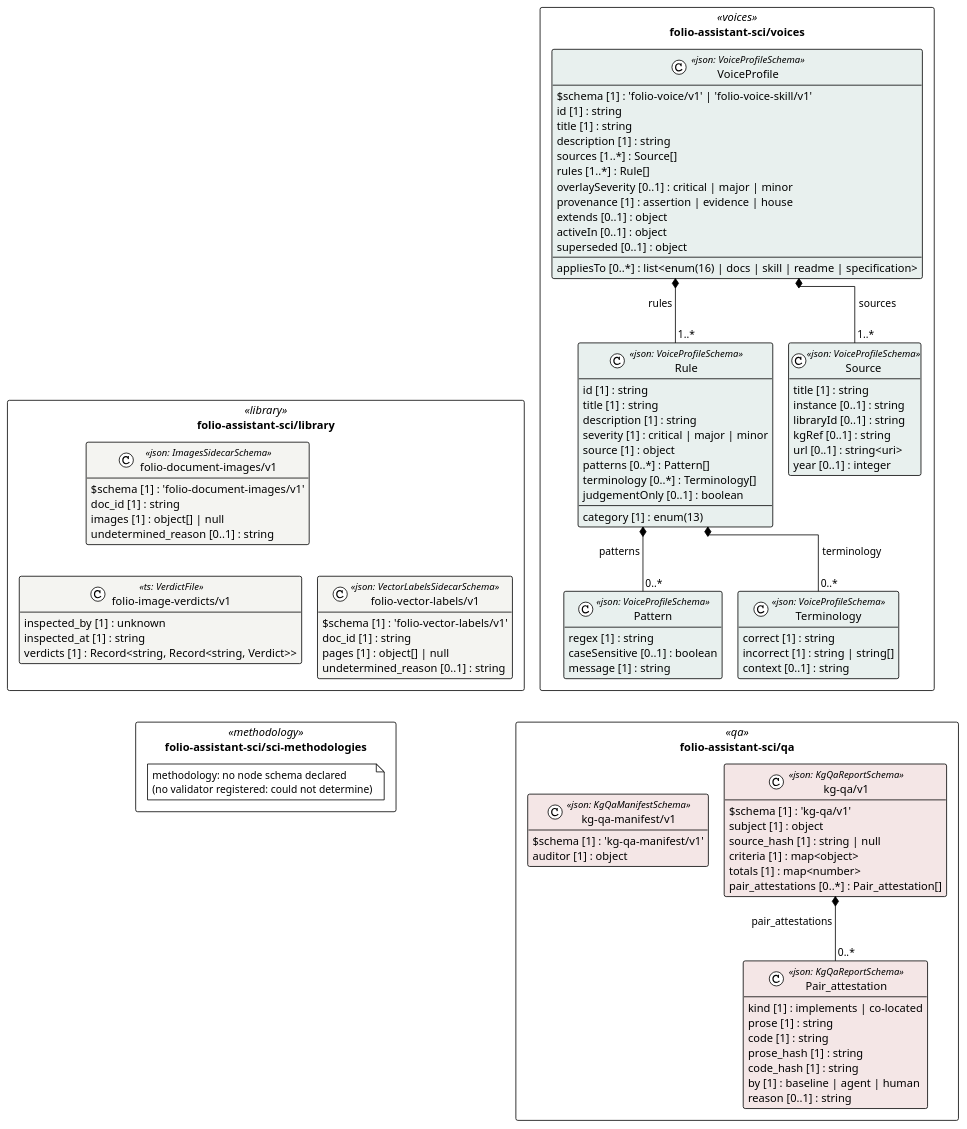
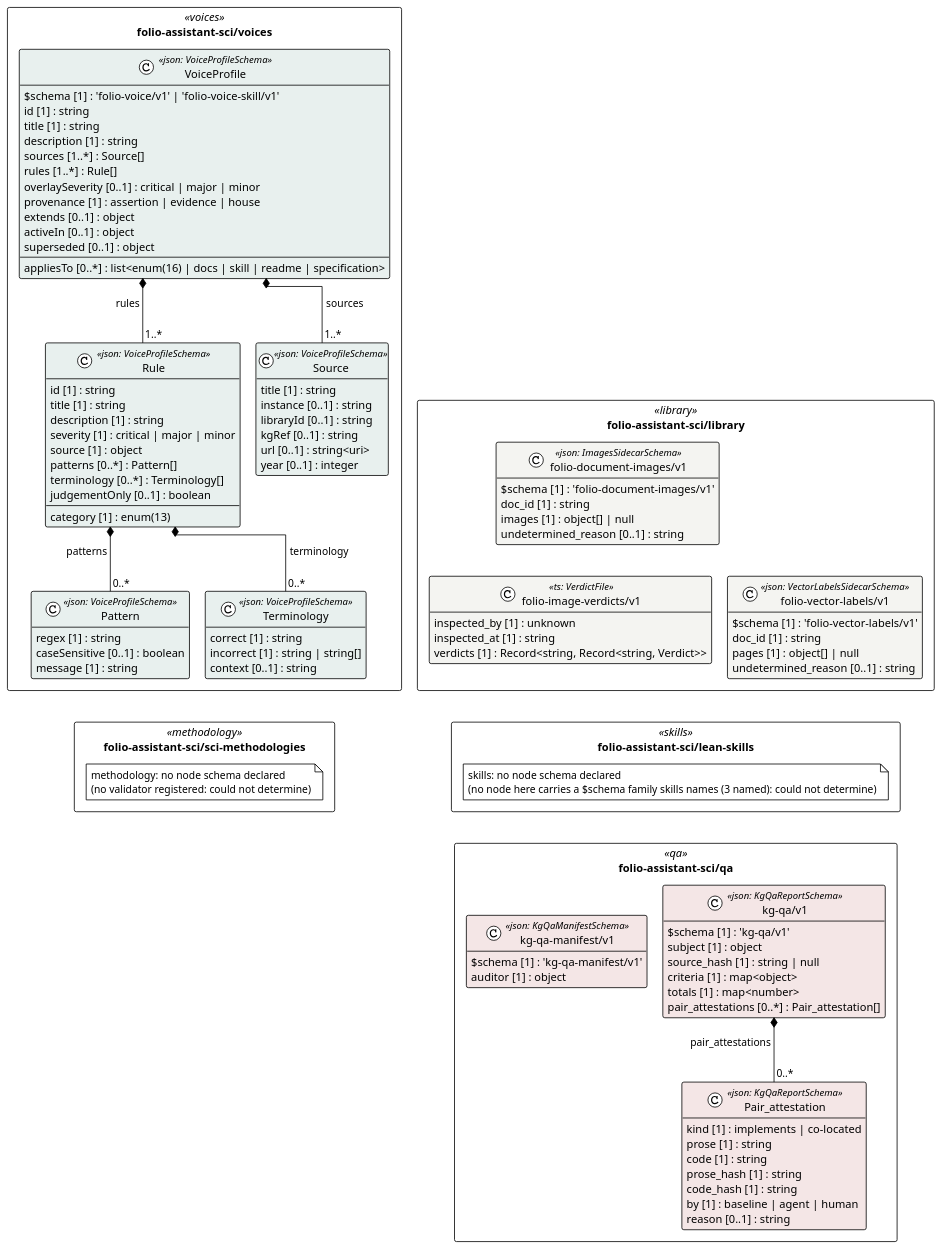
The diagram in cat-harness/uml/overview/folio-assistant-sci.puml (litlfred/folio-assistant), drawn with PlantUML before and after one commit. The commit also changed 67 other files, not shown here.

First line of the commit message:
voices: vendors/ and each vendors/<id>/ are declared sub-graphs (rkqp); revert cmsl step 1

```diff
--- a/cat-harness/uml/overview/folio-assistant-sci.puml
+++ b/cat-harness/uml/overview/folio-assistant-sci.puml
@@ -3,108 +3,112 @@
 @startuml folio_assistant_sci
 !pragma layout elk
 !theme plain
 skinparam classAttributeIconSize 0
 skinparam shadowing false
 skinparam packageStyle rectangle
 hide empty methods
 
 package "folio-assistant-sci/library" as pkg_folio_assistant_sci_library <<library>> {
   class "folio-document-images/v1" as folio_assistant_sci_library_folio_document_images_v1_folio_document_images_v1 <<json: ImagesSidecarSchema>> #f4f4f1 {
     $schema [1] : 'folio-document-images/v1'
     doc_id [1] : string
     images [1] : object[] | null
     undetermined_reason [0..1] : string
   }
   class "folio-image-verdicts/v1" as folio_assistant_sci_library_folio_image_verdicts_v1 <<ts: VerdictFile>> #f4f4f1 {
     inspected_by [1] : unknown
     inspected_at [1] : string
     verdicts [1] : Record<string, Record<string, Verdict>>
   }
   class "folio-vector-labels/v1" as folio_assistant_sci_library_folio_vector_labels_v1_folio_vector_labels_v1 <<json: VectorLabelsSidecarSchema>> #f4f4f1 {
     $schema [1] : 'folio-vector-labels/v1'
     doc_id [1] : string
     pages [1] : object[] | null
     undetermined_reason [0..1] : string
   }
 }
 package "folio-assistant-sci/voices" as pkg_folio_assistant_sci_voices <<voices>> {
   class "Source" as folio_assistant_sci_voices_Source <<json: VoiceProfileSchema>> #e8f0ee {
     title [1] : string
     instance [0..1] : string
     libraryId [0..1] : string
     kgRef [0..1] : string
     url [0..1] : string<uri>
     year [0..1] : integer
   }
   class "Pattern" as folio_assistant_sci_voices_Pattern <<json: VoiceProfileSchema>> #e8f0ee {
     regex [1] : string
     caseSensitive [0..1] : boolean
     message [1] : string
   }
   class "Terminology" as folio_assistant_sci_voices_Terminology <<json: VoiceProfileSchema>> #e8f0ee {
     correct [1] : string
     incorrect [1] : string | string[]
     context [0..1] : string
   }
   class "Rule" as folio_assistant_sci_voices_Rule <<json: VoiceProfileSchema>> #e8f0ee {
     id [1] : string
     title [1] : string
     description [1] : string
     category [1] : enum(13)
     severity [1] : critical | major | minor
     source [1] : object
     patterns [0..*] : Pattern[]
     terminology [0..*] : Terminology[]
     judgementOnly [0..1] : boolean
   }
   class "VoiceProfile" as folio_assistant_sci_voices_VoiceProfile <<json: VoiceProfileSchema>> #e8f0ee {
     $schema [1] : 'folio-voice/v1' | 'folio-voice-skill/v1'
     id [1] : string
     title [1] : string
     description [1] : string
     sources [1..*] : Source[]
     rules [1..*] : Rule[]
     overlaySeverity [0..1] : critical | major | minor
     appliesTo [0..*] : list<enum(16) | docs | skill | readme | specification>
     provenance [1] : assertion | evidence | house
     extends [0..1] : object
     activeIn [0..1] : object
     superseded [0..1] : object
   }
 }
+package "folio-assistant-sci/lean-skills" as pkg_folio_assistant_sci_lean_skills <<skills>> {
+  note "skills: no node schema declared\n(no node here carries a $schema family skills names (3 named): could not determine)" as n_folio_assistant_sci_lean_skills_skills
+}
 package "folio-assistant-sci/sci-methodologies" as pkg_folio_assistant_sci_sci_methodologies <<methodology>> {
   note "methodology: no node schema declared\n(no validator registered: could not determine)" as n_folio_assistant_sci_sci_methodologies_methodology
 }
 package "folio-assistant-sci/qa" as pkg_folio_assistant_sci_qa <<qa>> {
   class "Pair_attestation" as folio_assistant_sci_qa_kg_qa_v1_Pair_attestation <<json: KgQaReportSchema>> #f4e6e6 {
     kind [1] : implements | co-located
     prose [1] : string
     code [1] : string
     prose_hash [1] : string
     code_hash [1] : string
     by [1] : baseline | agent | human
     reason [0..1] : string
   }
   class "kg-qa/v1" as folio_assistant_sci_qa_kg_qa_v1_kg_qa_v1 <<json: KgQaReportSchema>> #f4e6e6 {
     $schema [1] : 'kg-qa/v1'
     subject [1] : object
     source_hash [1] : string | null
     criteria [1] : map<object>
     totals [1] : map<number>
     pair_attestations [0..*] : Pair_attestation[]
   }
   class "kg-qa-manifest/v1" as folio_assistant_sci_qa_kg_qa_manifest_v1_kg_qa_manifest_v1 <<json: KgQaManifestSchema>> #f4e6e6 {
     $schema [1] : 'kg-qa-manifest/v1'
     auditor [1] : object
   }
 }
 
 folio_assistant_sci_voices_VoiceProfile *-- "1..*" folio_assistant_sci_voices_Source : sources
 folio_assistant_sci_voices_Rule *-- "0..*" folio_assistant_sci_voices_Pattern : patterns
 folio_assistant_sci_voices_Rule *-- "0..*" folio_assistant_sci_voices_Terminology : terminology
 folio_assistant_sci_voices_VoiceProfile *-- "1..*" folio_assistant_sci_voices_Rule : rules
 folio_assistant_sci_qa_kg_qa_v1_kg_qa_v1 *-- "0..*" folio_assistant_sci_qa_kg_qa_v1_Pair_attestation : pair_attestations
-' grid: portrait, 2 column(s) — pkg_folio_assistant_sci_library pkg_folio_assistant_sci_voices pkg_folio_assistant_sci_sci_methodologies pkg_folio_assistant_sci_qa
-pkg_folio_assistant_sci_library -[hidden]down- pkg_folio_assistant_sci_sci_methodologies
-pkg_folio_assistant_sci_voices -[hidden]down- pkg_folio_assistant_sci_qa
+' grid: portrait, 2 column(s) — pkg_folio_assistant_sci_library pkg_folio_assistant_sci_voices pkg_folio_assistant_sci_lean_skills pkg_folio_assistant_sci_sci_methodologies pkg_folio_assistant_sci_qa
+pkg_folio_assistant_sci_library -[hidden]down- pkg_folio_assistant_sci_lean_skills
+pkg_folio_assistant_sci_voices -[hidden]down- pkg_folio_assistant_sci_sci_methodologies
+pkg_folio_assistant_sci_lean_skills -[hidden]down- pkg_folio_assistant_sci_qa
 @enduml
```
